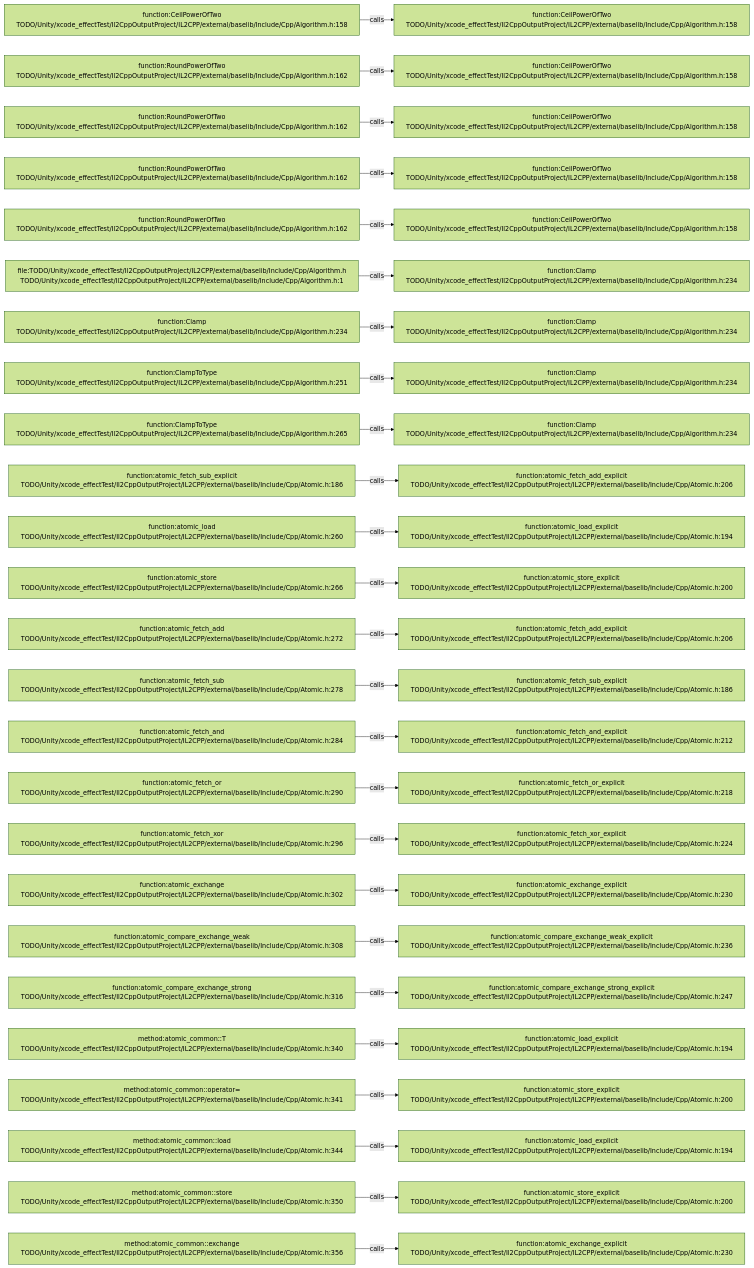
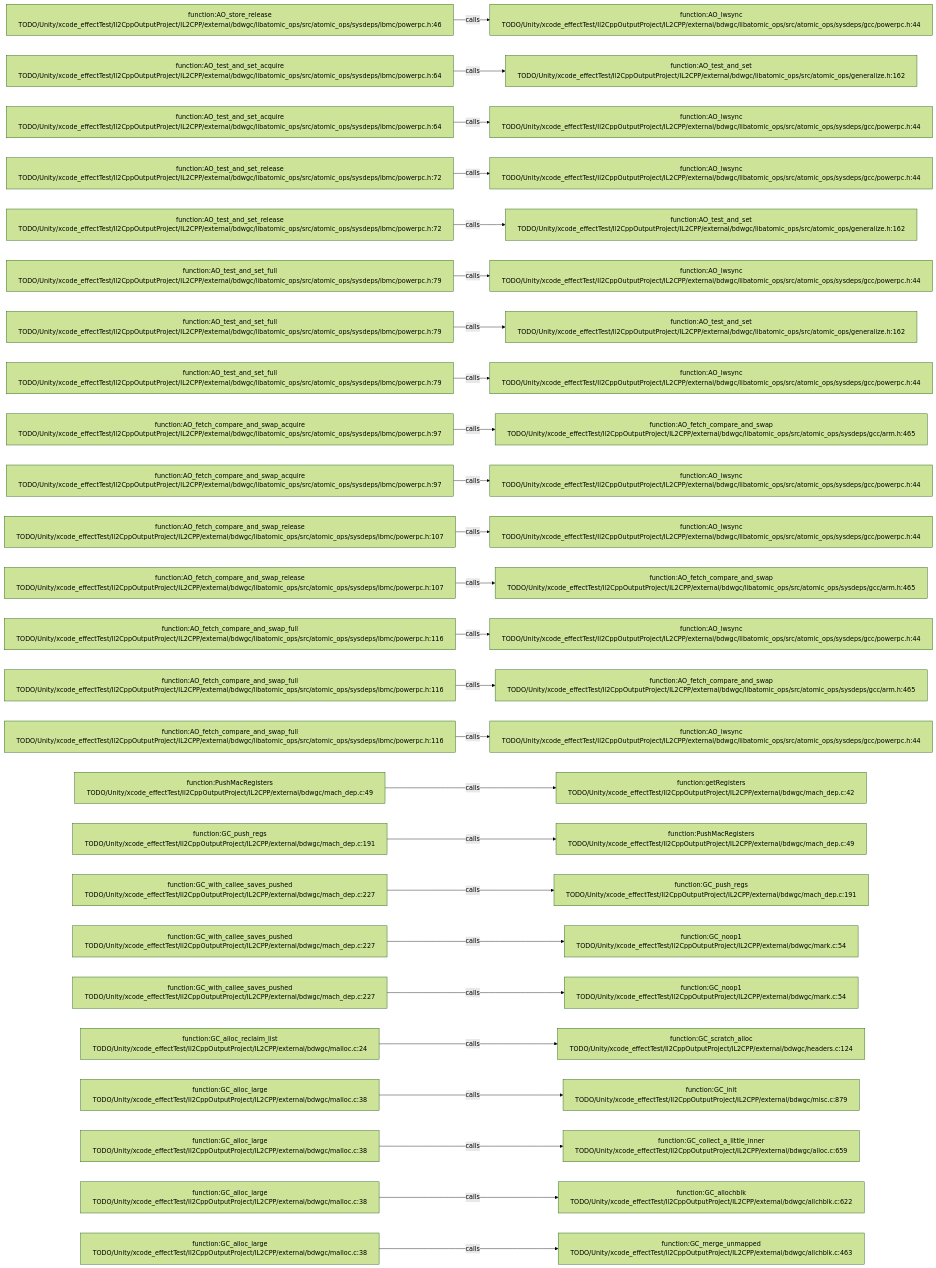
Before and after one commit to JobsKits/JobsSwiftBaseConfigDemo: the diagram in .codegraph/codegraph.md/graphs/calls-125.md, drawn with Mermaid (forest theme). The commit also changed 227 other files, not shown here.

````diff
--- a/.codegraph/codegraph.md/graphs/calls-125.md
+++ b/.codegraph/codegraph.md/graphs/calls-125.md
@@ -13,78 +13,78 @@
 ```mermaid
 flowchart LR
-  S1["function:CeilPowerOfTwo<br/>TODO/Unity/xcode_effectTest/Il2CppOutputProject/IL2CPP/external/baselib/Include/Cpp/Algorithm.h:158"]
-  T1["function:CeilPowerOfTwo<br/>TODO/Unity/xcode_effectTest/Il2CppOutputProject/IL2CPP/external/baselib/Include/Cpp/Algorithm.h:158"]
+  S1["function:AO_store_release<br/>TODO/Unity/xcode_effectTest/Il2CppOutputProject/IL2CPP/external/bdwgc/libatomic_ops/src/atomic_ops/sysdeps/ibmc/powerpc.h:46"]
+  T1["function:AO_lwsync<br/>TODO/Unity/xcode_effectTest/Il2CppOutputProject/IL2CPP/external/bdwgc/libatomic_ops/src/atomic_ops/sysdeps/gcc/powerpc.h:44"]
   S1 -->|calls| T1
-  S2["function:RoundPowerOfTwo<br/>TODO/Unity/xcode_effectTest/Il2CppOutputProject/IL2CPP/external/baselib/Include/Cpp/Algorithm.h:162"]
-  T2["function:CeilPowerOfTwo<br/>TODO/Unity/xcode_effectTest/Il2CppOutputProject/IL2CPP/external/baselib/Include/Cpp/Algorithm.h:158"]
+  S2["function:AO_test_and_set_acquire<br/>TODO/Unity/xcode_effectTest/Il2CppOutputProject/IL2CPP/external/bdwgc/libatomic_ops/src/atomic_ops/sysdeps/ibmc/powerpc.h:64"]
+  T2["function:AO_test_and_set<br/>TODO/Unity/xcode_effectTest/Il2CppOutputProject/IL2CPP/external/bdwgc/libatomic_ops/src/atomic_ops/generalize.h:162"]
   S2 -->|calls| T2
-  S3["function:RoundPowerOfTwo<br/>TODO/Unity/xcode_effectTest/Il2CppOutputProject/IL2CPP/external/baselib/Include/Cpp/Algorithm.h:162"]
-  T3["function:CeilPowerOfTwo<br/>TODO/Unity/xcode_effectTest/Il2CppOutputProject/IL2CPP/external/baselib/Include/Cpp/Algorithm.h:158"]
+  S3["function:AO_test_and_set_acquire<br/>TODO/Unity/xcode_effectTest/Il2CppOutputProject/IL2CPP/external/bdwgc/libatomic_ops/src/atomic_ops/sysdeps/ibmc/powerpc.h:64"]
+  T3["function:AO_lwsync<br/>TODO/Unity/xcode_effectTest/Il2CppOutputProject/IL2CPP/external/bdwgc/libatomic_ops/src/atomic_ops/sysdeps/gcc/powerpc.h:44"]
   S3 -->|calls| T3
-  S4["function:RoundPowerOfTwo<br/>TODO/Unity/xcode_effectTest/Il2CppOutputProject/IL2CPP/external/baselib/Include/Cpp/Algorithm.h:162"]
-  T4["function:CeilPowerOfTwo<br/>TODO/Unity/xcode_effectTest/Il2CppOutputProject/IL2CPP/external/baselib/Include/Cpp/Algorithm.h:158"]
+  S4["function:AO_test_and_set_release<br/>TODO/Unity/xcode_effectTest/Il2CppOutputProject/IL2CPP/external/bdwgc/libatomic_ops/src/atomic_ops/sysdeps/ibmc/powerpc.h:72"]
+  T4["function:AO_lwsync<br/>TODO/Unity/xcode_effectTest/Il2CppOutputProject/IL2CPP/external/bdwgc/libatomic_ops/src/atomic_ops/sysdeps/gcc/powerpc.h:44"]
   S4 -->|calls| T4
-  S5["function:RoundPowerOfTwo<br/>TODO/Unity/xcode_effectTest/Il2CppOutputProject/IL2CPP/external/baselib/Include/Cpp/Algorithm.h:162"]
-  T5["function:CeilPowerOfTwo<br/>TODO/Unity/xcode_effectTest/Il2CppOutputProject/IL2CPP/external/baselib/Include/Cpp/Algorithm.h:158"]
+  S5["function:AO_test_and_set_release<br/>TODO/Unity/xcode_effectTest/Il2CppOutputProject/IL2CPP/external/bdwgc/libatomic_ops/src/atomic_ops/sysdeps/ibmc/powerpc.h:72"]
+  T5["function:AO_test_and_set<br/>TODO/Unity/xcode_effectTest/Il2CppOutputProject/IL2CPP/external/bdwgc/libatomic_ops/src/atomic_ops/generalize.h:162"]
   S5 -->|calls| T5
-  S6["file:TODO/Unity/xcode_effectTest/Il2CppOutputProject/IL2CPP/external/baselib/Include/Cpp/Algorithm.h<br/>TODO/Unity/xcode_effectTest/Il2CppOutputProject/IL2CPP/external/baselib/Include/Cpp/Algorithm.h:1"]
-  T6["function:Clamp<br/>TODO/Unity/xcode_effectTest/Il2CppOutputProject/IL2CPP/external/baselib/Include/Cpp/Algorithm.h:234"]
+  S6["function:AO_test_and_set_full<br/>TODO/Unity/xcode_effectTest/Il2CppOutputProject/IL2CPP/external/bdwgc/libatomic_ops/src/atomic_ops/sysdeps/ibmc/powerpc.h:79"]
+  T6["function:AO_lwsync<br/>TODO/Unity/xcode_effectTest/Il2CppOutputProject/IL2CPP/external/bdwgc/libatomic_ops/src/atomic_ops/sysdeps/gcc/powerpc.h:44"]
   S6 -->|calls| T6
-  S7["function:Clamp<br/>TODO/Unity/xcode_effectTest/Il2CppOutputProject/IL2CPP/external/baselib/Include/Cpp/Algorithm.h:234"]
-  T7["function:Clamp<br/>TODO/Unity/xcode_effectTest/Il2CppOutputProject/IL2CPP/external/baselib/Include/Cpp/Algorithm.h:234"]
+  S7["function:AO_test_and_set_full<br/>TODO/Unity/xcode_effectTest/Il2CppOutputProject/IL2CPP/external/bdwgc/libatomic_ops/src/atomic_ops/sysdeps/ibmc/powerpc.h:79"]
+  T7["function:AO_test_and_set<br/>TODO/Unity/xcode_effectTest/Il2CppOutputProject/IL2CPP/external/bdwgc/libatomic_ops/src/atomic_ops/generalize.h:162"]
   S7 -->|calls| T7
-  S8["function:ClampToType<br/>TODO/Unity/xcode_effectTest/Il2CppOutputProject/IL2CPP/external/baselib/Include/Cpp/Algorithm.h:251"]
-  T8["function:Clamp<br/>TODO/Unity/xcode_effectTest/Il2CppOutputProject/IL2CPP/external/baselib/Include/Cpp/Algorithm.h:234"]
+  S8["function:AO_test_and_set_full<br/>TODO/Unity/xcode_effectTest/Il2CppOutputProject/IL2CPP/external/bdwgc/libatomic_ops/src/atomic_ops/sysdeps/ibmc/powerpc.h:79"]
+  T8["function:AO_lwsync<br/>TODO/Unity/xcode_effectTest/Il2CppOutputProject/IL2CPP/external/bdwgc/libatomic_ops/src/atomic_ops/sysdeps/gcc/powerpc.h:44"]
   S8 -->|calls| T8
-  S9["function:ClampToType<br/>TODO/Unity/xcode_effectTest/Il2CppOutputProject/IL2CPP/external/baselib/Include/Cpp/Algorithm.h:265"]
-  T9["function:Clamp<br/>TODO/Unity/xcode_effectTest/Il2CppOutputProject/IL2CPP/external/baselib/Include/Cpp/Algorithm.h:234"]
+  S9["function:AO_fetch_compare_and_swap_acquire<br/>TODO/Unity/xcode_effectTest/Il2CppOutputProject/IL2CPP/external/bdwgc/libatomic_ops/src/atomic_ops/sysdeps/ibmc/powerpc.h:97"]
+  T9["function:AO_fetch_compare_and_swap<br/>TODO/Unity/xcode_effectTest/Il2CppOutputProject/IL2CPP/external/bdwgc/libatomic_ops/src/atomic_ops/sysdeps/gcc/arm.h:465"]
   S9 -->|calls| T9
-  S10["function:atomic_fetch_sub_explicit<br/>TODO/Unity/xcode_effectTest/Il2CppOutputProject/IL2CPP/external/baselib/Include/Cpp/Atomic.h:186"]
-  T10["function:atomic_fetch_add_explicit<br/>TODO/Unity/xcode_effectTest/Il2CppOutputProject/IL2CPP/external/baselib/Include/Cpp/Atomic.h:206"]
+  S10["function:AO_fetch_compare_and_swap_acquire<br/>TODO/Unity/xcode_effectTest/Il2CppOutputProject/IL2CPP/external/bdwgc/libatomic_ops/src/atomic_ops/sysdeps/ibmc/powerpc.h:97"]
+  T10["function:AO_lwsync<br/>TODO/Unity/xcode_effectTest/Il2CppOutputProject/IL2CPP/external/bdwgc/libatomic_ops/src/atomic_ops/sysdeps/gcc/powerpc.h:44"]
   S10 -->|calls| T10
-  S11["function:atomic_load<br/>TODO/Unity/xcode_effectTest/Il2CppOutputProject/IL2CPP/external/baselib/Include/Cpp/Atomic.h:260"]
-  T11["function:atomic_load_explicit<br/>TODO/Unity/xcode_effectTest/Il2CppOutputProject/IL2CPP/external/baselib/Include/Cpp/Atomic.h:194"]
+  S11["function:AO_fetch_compare_and_swap_release<br/>TODO/Unity/xcode_effectTest/Il2CppOutputProject/IL2CPP/external/bdwgc/libatomic_ops/src/atomic_ops/sysdeps/ibmc/powerpc.h:107"]
+  T11["function:AO_lwsync<br/>TODO/Unity/xcode_effectTest/Il2CppOutputProject/IL2CPP/external/bdwgc/libatomic_ops/src/atomic_ops/sysdeps/gcc/powerpc.h:44"]
   S11 -->|calls| T11
-  S12["function:atomic_store<br/>TODO/Unity/xcode_effectTest/Il2CppOutputProject/IL2CPP/external/baselib/Include/Cpp/Atomic.h:266"]
-  T12["function:atomic_store_explicit<br/>TODO/Unity/xcode_effectTest/Il2CppOutputProject/IL2CPP/external/baselib/Include/Cpp/Atomic.h:200"]
+  S12["function:AO_fetch_compare_and_swap_release<br/>TODO/Unity/xcode_effectTest/Il2CppOutputProject/IL2CPP/external/bdwgc/libatomic_ops/src/atomic_ops/sysdeps/ibmc/powerpc.h:107"]
+  T12["function:AO_fetch_compare_and_swap<br/>TODO/Unity/xcode_effectTest/Il2CppOutputProject/IL2CPP/external/bdwgc/libatomic_ops/src/atomic_ops/sysdeps/gcc/arm.h:465"]
   S12 -->|calls| T12
-  S13["function:atomic_fetch_add<br/>TODO/Unity/xcode_effectTest/Il2CppOutputProject/IL2CPP/external/baselib/Include/Cpp/Atomic.h:272"]
-  T13["function:atomic_fetch_add_explicit<br/>TODO/Unity/xcode_effectTest/Il2CppOutputProject/IL2CPP/external/baselib/Include/Cpp/Atomic.h:206"]
+  S13["function:AO_fetch_compare_and_swap_full<br/>TODO/Unity/xcode_effectTest/Il2CppOutputProject/IL2CPP/external/bdwgc/libatomic_ops/src/atomic_ops/sysdeps/ibmc/powerpc.h:116"]
+  T13["function:AO_lwsync<br/>TODO/Unity/xcode_effectTest/Il2CppOutputProject/IL2CPP/external/bdwgc/libatomic_ops/src/atomic_ops/sysdeps/gcc/powerpc.h:44"]
   S13 -->|calls| T13
-  S14["function:atomic_fetch_sub<br/>TODO/Unity/xcode_effectTest/Il2CppOutputProject/IL2CPP/external/baselib/Include/Cpp/Atomic.h:278"]
-  T14["function:atomic_fetch_sub_explicit<br/>TODO/Unity/xcode_effectTest/Il2CppOutputProject/IL2CPP/external/baselib/Include/Cpp/Atomic.h:186"]
+  S14["function:AO_fetch_compare_and_swap_full<br/>TODO/Unity/xcode_effectTest/Il2CppOutputProject/IL2CPP/external/bdwgc/libatomic_ops/src/atomic_ops/sysdeps/ibmc/powerpc.h:116"]
+  T14["function:AO_fetch_compare_and_swap<br/>TODO/Unity/xcode_effectTest/Il2CppOutputProject/IL2CPP/external/bdwgc/libatomic_ops/src/atomic_ops/sysdeps/gcc/arm.h:465"]
   S14 -->|calls| T14
-  S15["function:atomic_fetch_and<br/>TODO/Unity/xcode_effectTest/Il2CppOutputProject/IL2CPP/external/baselib/Include/Cpp/Atomic.h:284"]
-  T15["function:atomic_fetch_and_explicit<br/>TODO/Unity/xcode_effectTest/Il2CppOutputProject/IL2CPP/external/baselib/Include/Cpp/Atomic.h:212"]
+  S15["function:AO_fetch_compare_and_swap_full<br/>TODO/Unity/xcode_effectTest/Il2CppOutputProject/IL2CPP/external/bdwgc/libatomic_ops/src/atomic_ops/sysdeps/ibmc/powerpc.h:116"]
+  T15["function:AO_lwsync<br/>TODO/Unity/xcode_effectTest/Il2CppOutputProject/IL2CPP/external/bdwgc/libatomic_ops/src/atomic_ops/sysdeps/gcc/powerpc.h:44"]
   S15 -->|calls| T15
-  S16["function:atomic_fetch_or<br/>TODO/Unity/xcode_effectTest/Il2CppOutputProject/IL2CPP/external/baselib/Include/Cpp/Atomic.h:290"]
-  T16["function:atomic_fetch_or_explicit<br/>TODO/Unity/xcode_effectTest/Il2CppOutputProject/IL2CPP/external/baselib/Include/Cpp/Atomic.h:218"]
+  S16["function:PushMacRegisters<br/>TODO/Unity/xcode_effectTest/Il2CppOutputProject/IL2CPP/external/bdwgc/mach_dep.c:49"]
+  T16["function:getRegisters<br/>TODO/Unity/xcode_effectTest/Il2CppOutputProject/IL2CPP/external/bdwgc/mach_dep.c:42"]
   S16 -->|calls| T16
-  S17["function:atomic_fetch_xor<br/>TODO/Unity/xcode_effectTest/Il2CppOutputProject/IL2CPP/external/baselib/Include/Cpp/Atomic.h:296"]
-  T17["function:atomic_fetch_xor_explicit<br/>TODO/Unity/xcode_effectTest/Il2CppOutputProject/IL2CPP/external/baselib/Include/Cpp/Atomic.h:224"]
+  S17["function:GC_push_regs<br/>TODO/Unity/xcode_effectTest/Il2CppOutputProject/IL2CPP/external/bdwgc/mach_dep.c:191"]
+  T17["function:PushMacRegisters<br/>TODO/Unity/xcode_effectTest/Il2CppOutputProject/IL2CPP/external/bdwgc/mach_dep.c:49"]
   S17 -->|calls| T17
-  S18["function:atomic_exchange<br/>TODO/Unity/xcode_effectTest/Il2CppOutputProject/IL2CPP/external/baselib/Include/Cpp/Atomic.h:302"]
-  T18["function:atomic_exchange_explicit<br/>TODO/Unity/xcode_effectTest/Il2CppOutputProject/IL2CPP/external/baselib/Include/Cpp/Atomic.h:230"]
+  S18["function:GC_with_callee_saves_pushed<br/>TODO/Unity/xcode_effectTest/Il2CppOutputProject/IL2CPP/external/bdwgc/mach_dep.c:227"]
+  T18["function:GC_push_regs<br/>TODO/Unity/xcode_effectTest/Il2CppOutputProject/IL2CPP/external/bdwgc/mach_dep.c:191"]
   S18 -->|calls| T18
-  S19["function:atomic_compare_exchange_weak<br/>TODO/Unity/xcode_effectTest/Il2CppOutputProject/IL2CPP/external/baselib/Include/Cpp/Atomic.h:308"]
-  T19["function:atomic_compare_exchange_weak_explicit<br/>TODO/Unity/xcode_effectTest/Il2CppOutputProject/IL2CPP/external/baselib/Include/Cpp/Atomic.h:236"]
+  S19["function:GC_with_callee_saves_pushed<br/>TODO/Unity/xcode_effectTest/Il2CppOutputProject/IL2CPP/external/bdwgc/mach_dep.c:227"]
+  T19["function:GC_noop1<br/>TODO/Unity/xcode_effectTest/Il2CppOutputProject/IL2CPP/external/bdwgc/mark.c:54"]
   S19 -->|calls| T19
-  S20["function:atomic_compare_exchange_strong<br/>TODO/Unity/xcode_effectTest/Il2CppOutputProject/IL2CPP/external/baselib/Include/Cpp/Atomic.h:316"]
-  T20["function:atomic_compare_exchange_strong_explicit<br/>TODO/Unity/xcode_effectTest/Il2CppOutputProject/IL2CPP/external/baselib/Include/Cpp/Atomic.h:247"]
+  S20["function:GC_with_callee_saves_pushed<br/>TODO/Unity/xcode_effectTest/Il2CppOutputProject/IL2CPP/external/bdwgc/mach_dep.c:227"]
+  T20["function:GC_noop1<br/>TODO/Unity/xcode_effectTest/Il2CppOutputProject/IL2CPP/external/bdwgc/mark.c:54"]
   S20 -->|calls| T20
-  S21["method:atomic_common::T<br/>TODO/Unity/xcode_effectTest/Il2CppOutputProject/IL2CPP/external/baselib/Include/Cpp/Atomic.h:340"]
-  T21["function:atomic_load_explicit<br/>TODO/Unity/xcode_effectTest/Il2CppOutputProject/IL2CPP/external/baselib/Include/Cpp/Atomic.h:194"]
+  S21["function:GC_alloc_reclaim_list<br/>TODO/Unity/xcode_effectTest/Il2CppOutputProject/IL2CPP/external/bdwgc/malloc.c:24"]
+  T21["function:GC_scratch_alloc<br/>TODO/Unity/xcode_effectTest/Il2CppOutputProject/IL2CPP/external/bdwgc/headers.c:124"]
   S21 -->|calls| T21
-  S22["method:atomic_common::operator=<br/>TODO/Unity/xcode_effectTest/Il2CppOutputProject/IL2CPP/external/baselib/Include/Cpp/Atomic.h:341"]
-  T22["function:atomic_store_explicit<br/>TODO/Unity/xcode_effectTest/Il2CppOutputProject/IL2CPP/external/baselib/Include/Cpp/Atomic.h:200"]
+  S22["function:GC_alloc_large<br/>TODO/Unity/xcode_effectTest/Il2CppOutputProject/IL2CPP/external/bdwgc/malloc.c:38"]
+  T22["function:GC_init<br/>TODO/Unity/xcode_effectTest/Il2CppOutputProject/IL2CPP/external/bdwgc/misc.c:879"]
   S22 -->|calls| T22
-  S23["method:atomic_common::load<br/>TODO/Unity/xcode_effectTest/Il2CppOutputProject/IL2CPP/external/baselib/Include/Cpp/Atomic.h:344"]
-  T23["function:atomic_load_explicit<br/>TODO/Unity/xcode_effectTest/Il2CppOutputProject/IL2CPP/external/baselib/Include/Cpp/Atomic.h:194"]
+  S23["function:GC_alloc_large<br/>TODO/Unity/xcode_effectTest/Il2CppOutputProject/IL2CPP/external/bdwgc/malloc.c:38"]
+  T23["function:GC_collect_a_little_inner<br/>TODO/Unity/xcode_effectTest/Il2CppOutputProject/IL2CPP/external/bdwgc/alloc.c:659"]
   S23 -->|calls| T23
-  S24["method:atomic_common::store<br/>TODO/Unity/xcode_effectTest/Il2CppOutputProject/IL2CPP/external/baselib/Include/Cpp/Atomic.h:350"]
-  T24["function:atomic_store_explicit<br/>TODO/Unity/xcode_effectTest/Il2CppOutputProject/IL2CPP/external/baselib/Include/Cpp/Atomic.h:200"]
+  S24["function:GC_alloc_large<br/>TODO/Unity/xcode_effectTest/Il2CppOutputProject/IL2CPP/external/bdwgc/malloc.c:38"]
+  T24["function:GC_allochblk<br/>TODO/Unity/xcode_effectTest/Il2CppOutputProject/IL2CPP/external/bdwgc/allchblk.c:622"]
   S24 -->|calls| T24
-  S25["method:atomic_common::exchange<br/>TODO/Unity/xcode_effectTest/Il2CppOutputProject/IL2CPP/external/baselib/Include/Cpp/Atomic.h:356"]
-  T25["function:atomic_exchange_explicit<br/>TODO/Unity/xcode_effectTest/Il2CppOutputProject/IL2CPP/external/baselib/Include/Cpp/Atomic.h:230"]
+  S25["function:GC_alloc_large<br/>TODO/Unity/xcode_effectTest/Il2CppOutputProject/IL2CPP/external/bdwgc/malloc.c:38"]
+  T25["function:GC_merge_unmapped<br/>TODO/Unity/xcode_effectTest/Il2CppOutputProject/IL2CPP/external/bdwgc/allchblk.c:463"]
   S25 -->|calls| T25
 ```
````
